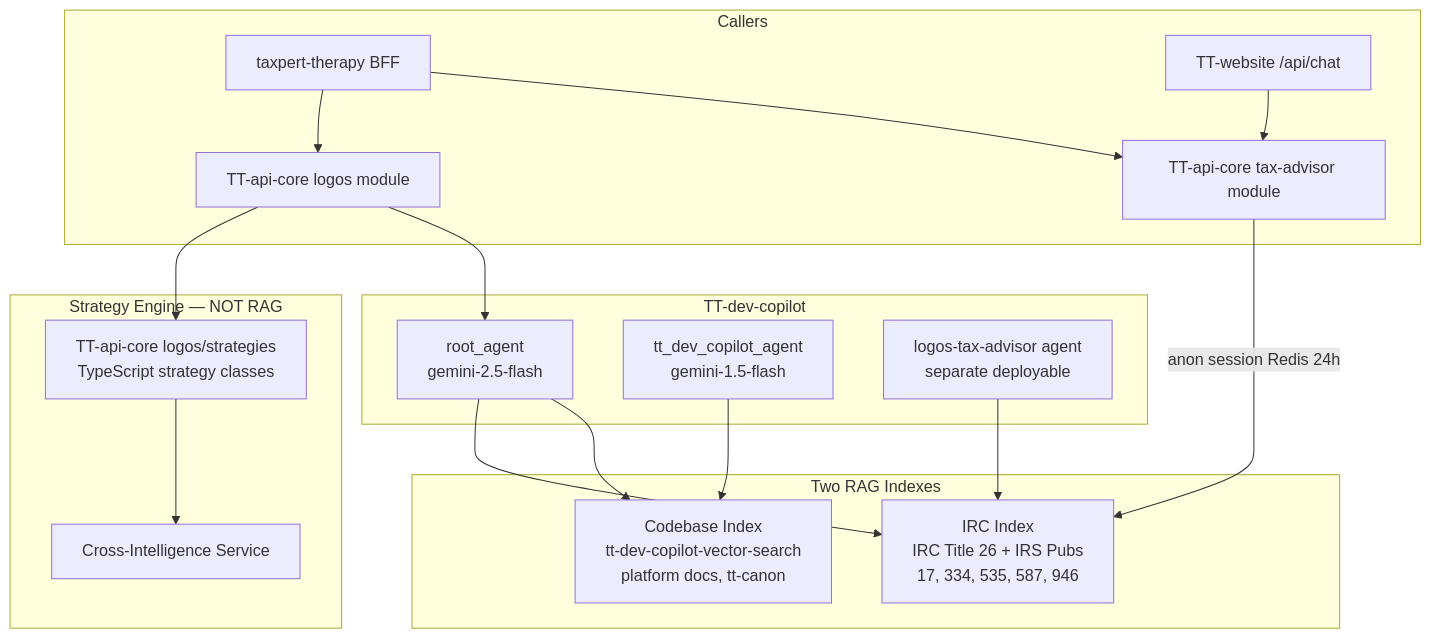
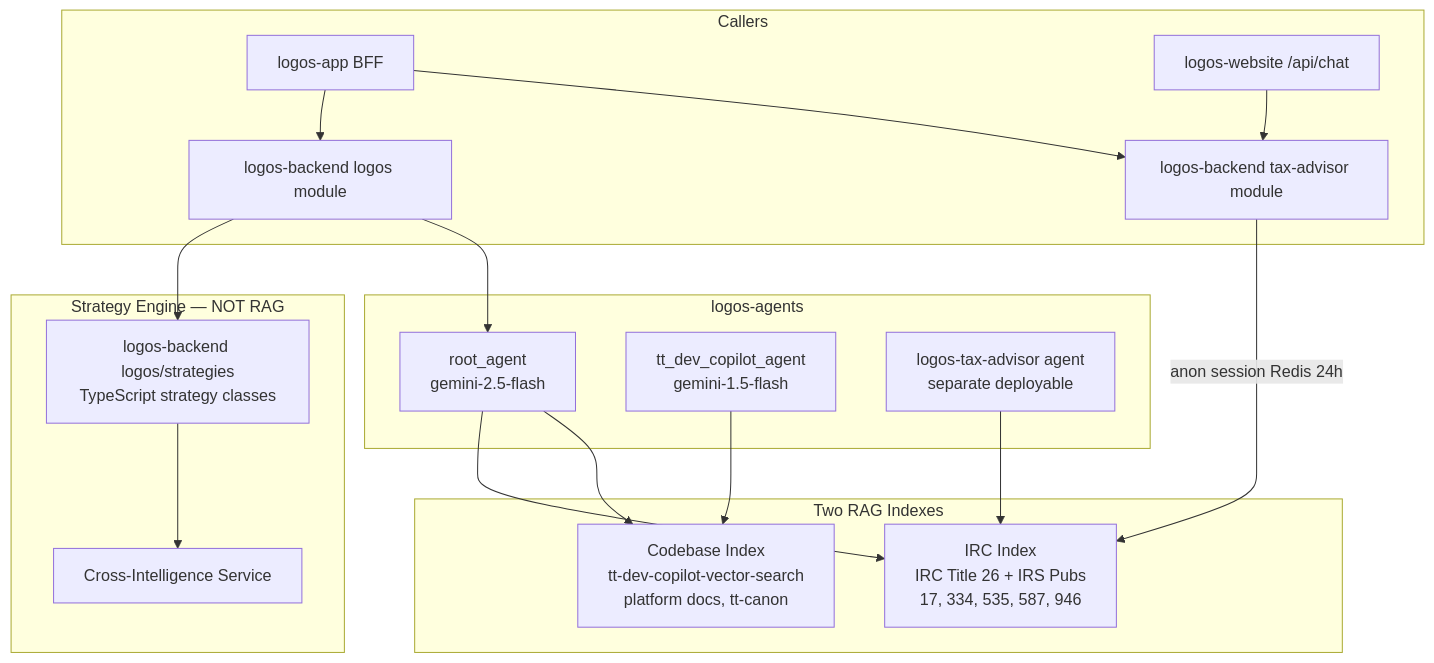
The third of 3 diagrams in technical-architecture.md (HUMANAUTICS/logos-architecture), drawn with Mermaid before and after one commit. The commit also changed other lines of this file and 4 other files, not shown here.

````diff
--- a/technical-architecture.md
+++ b/technical-architecture.md
@@ -173,38 +183,38 @@
 ```mermaid
 graph TB
     subgraph clients [Callers]
-        APP_FE[taxpert-therapy BFF]
-        WEB_FE[TT-website /api/chat]
-        CORE_TA[TT-api-core tax-advisor module]
-        CORE_LOGOS[TT-api-core logos module]
+        APP_FE[logos-app BFF]
+        WEB_FE[logos-website /api/chat]
+        CORE_TA[logos-backend tax-advisor module]
+        CORE_LOGOS[logos-backend logos module]
     end
 
-    subgraph copilot [TT-dev-copilot]
+    subgraph copilot [logos-agents]
         ROOT[root_agent\ngemini-2.5-flash]
         DEV[tt_dev_copilot_agent\ngemini-1.5-flash]
         LOGOS_ADV[logos-tax-advisor agent\nseparate deployable]
     end
 
     subgraph rag [Two RAG Indexes]
         CB[Codebase Index\ntt-dev-copilot-vector-search\nplatform docs, tt-canon]
         IRC[IRC Index\nIRC Title 26 + IRS Pubs\n17, 334, 535, 587, 946]
     end
 
     subgraph engine [Strategy Engine — NOT RAG]
-        SE[TT-api-core logos/strategies\nTypeScript strategy classes]
+        SE[logos-backend logos/strategies\nTypeScript strategy classes]
         CI[Cross-Intelligence Service]
     end
 
     APP_FE --> CORE_TA
     APP_FE --> CORE_LOGOS
     WEB_FE --> CORE_TA
     CORE_TA -->|anon session Redis 24h| IRC
     CORE_LOGOS --> ROOT
     CORE_LOGOS --> SE
     SE --> CI
 
     ROOT --> CB
     ROOT --> IRC
     DEV --> CB
     LOGOS_ADV --> IRC
 ```
````
